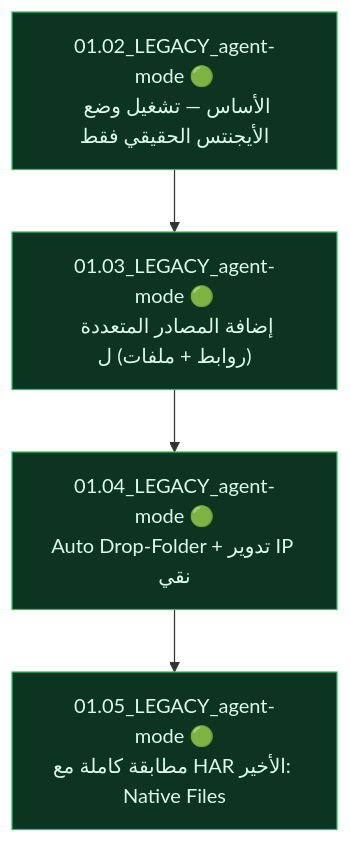
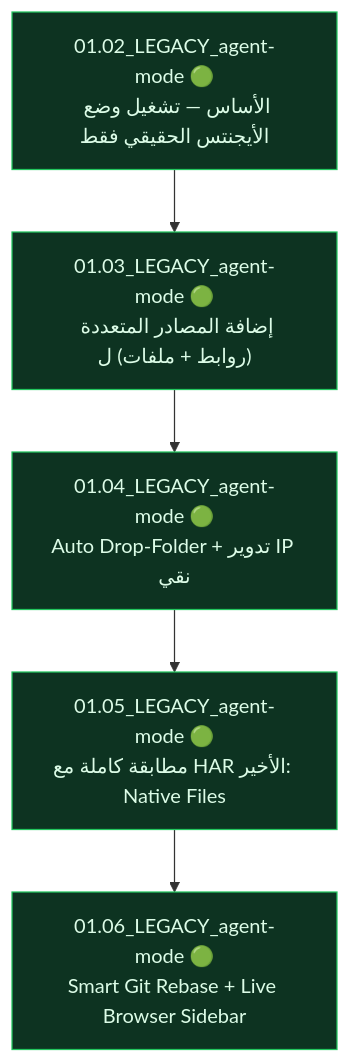
Before and after one commit to zizo123123-code/script-sandbox: the diagram in projects/ngpt/DNA_TREE.md, drawn with Mermaid. The commit also changed other lines of this file and 5 other files, not shown here.

````diff
--- a/projects/ngpt/DNA_TREE.md
+++ b/projects/ngpt/DNA_TREE.md
@@ -4,14 +4,17 @@
 ```mermaid
 graph TD
   Nngpt_01_02_LEGACY_agent_mode["01.02_LEGACY_agent-mode 🟢<br/>الأساس — تشغيل وضع الأيجنتس الحقيقي فقط "]
   Nngpt_01_03_LEGACY_agent_mode["01.03_LEGACY_agent-mode 🟢<br/>إضافة المصادر المتعددة (روابط + ملفات) ل"]
   Nngpt_01_02_LEGACY_agent_mode --> Nngpt_01_03_LEGACY_agent_mode
   Nngpt_01_04_LEGACY_agent_mode["01.04_LEGACY_agent-mode 🟢<br/>Auto Drop-Folder + تدوير IP نقي"]
   Nngpt_01_03_LEGACY_agent_mode --> Nngpt_01_04_LEGACY_agent_mode
   Nngpt_01_05_LEGACY_agent_mode["01.05_LEGACY_agent-mode 🟢<br/>مطابقة كاملة مع HAR الأخير: Native Files"]
   Nngpt_01_04_LEGACY_agent_mode --> Nngpt_01_05_LEGACY_agent_mode
+  Nngpt_01_06_LEGACY_agent_mode["01.06_LEGACY_agent-mode 🟢<br/>Smart Git Rebase + Live Browser Sidebar "]
+  Nngpt_01_05_LEGACY_agent_mode --> Nngpt_01_06_LEGACY_agent_mode
   style Nngpt_01_02_LEGACY_agent_mode fill:#0d3321,stroke:#22c55e,color:#dcfce7
   style Nngpt_01_03_LEGACY_agent_mode fill:#0d3321,stroke:#22c55e,color:#dcfce7
   style Nngpt_01_04_LEGACY_agent_mode fill:#0d3321,stroke:#22c55e,color:#dcfce7
   style Nngpt_01_05_LEGACY_agent_mode fill:#0d3321,stroke:#22c55e,color:#dcfce7
+  style Nngpt_01_06_LEGACY_agent_mode fill:#0d3321,stroke:#22c55e,color:#dcfce7
 ```
````
